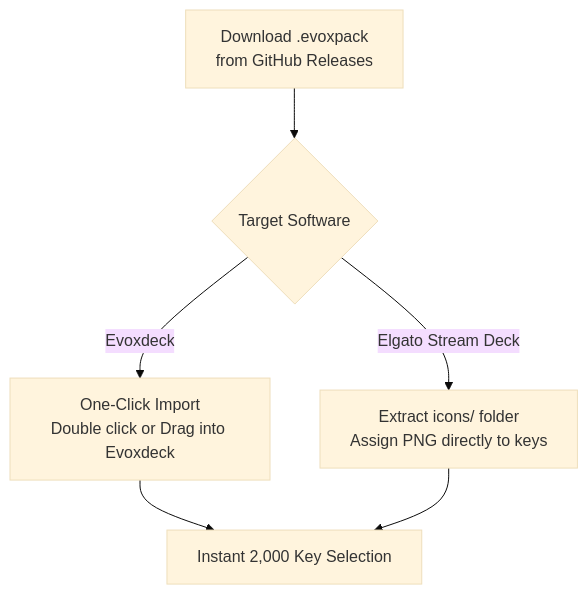
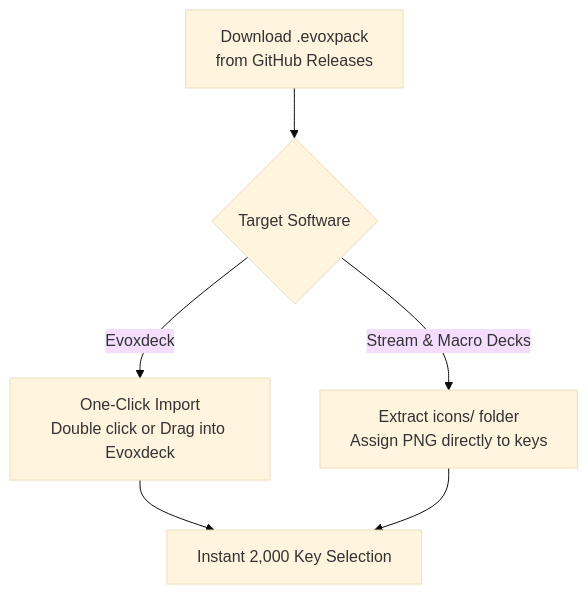
Before and after one commit to hfatih/pastel-icons-pack-2: the diagram in README.md, drawn with Mermaid (base theme). The commit also changed other lines of this file and 12 other files, not shown here.

````diff
--- a/README.md
+++ b/README.md
@@ -78,8 +78,8 @@
 ```mermaid
 flowchart TD
     A["Download .evoxpack<br/>from GitHub Releases"] --> B{"Target Software"}
     B -->|"Evoxdeck"| C["One-Click Import<br/>Double click or Drag into Evoxdeck"]
-    B -->|"Elgato Stream Deck"| D["Extract icons/ folder<br/>Assign PNG directly to keys"]
+    B -->|"Stream & Macro Decks"| D["Extract icons/ folder<br/>Assign PNG directly to keys"]
     C --> E["Instant 2,000 Key Selection"]
     D --> E
 ```
````
